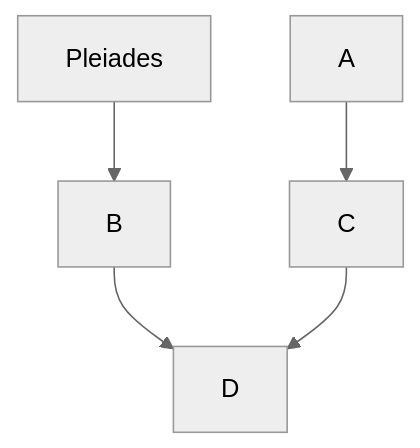
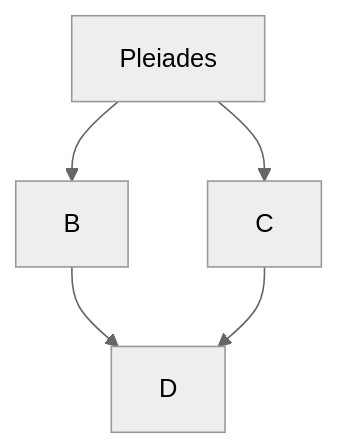
Before and after one commit to DippoldEJ/Satellite-Datasets: the diagram in README.md, drawn with Mermaid (neutral theme).

````diff
--- a/README.md
+++ b/README.md
@@ -8,8 +8,8 @@
 ```mermaid
 graph TD;
     Pleiades-->B;
-    A-->C;
+    Pleiades-->C;
     B-->D;
     C-->D;
 
 ```
````
